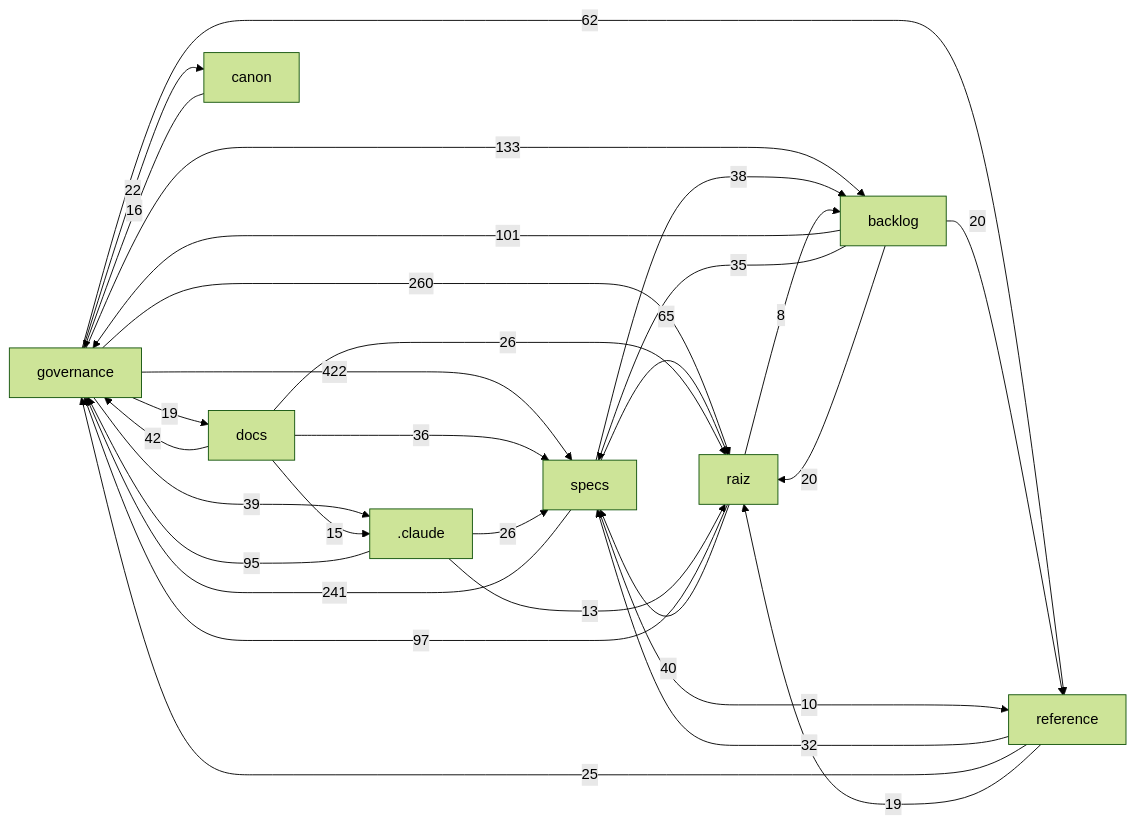
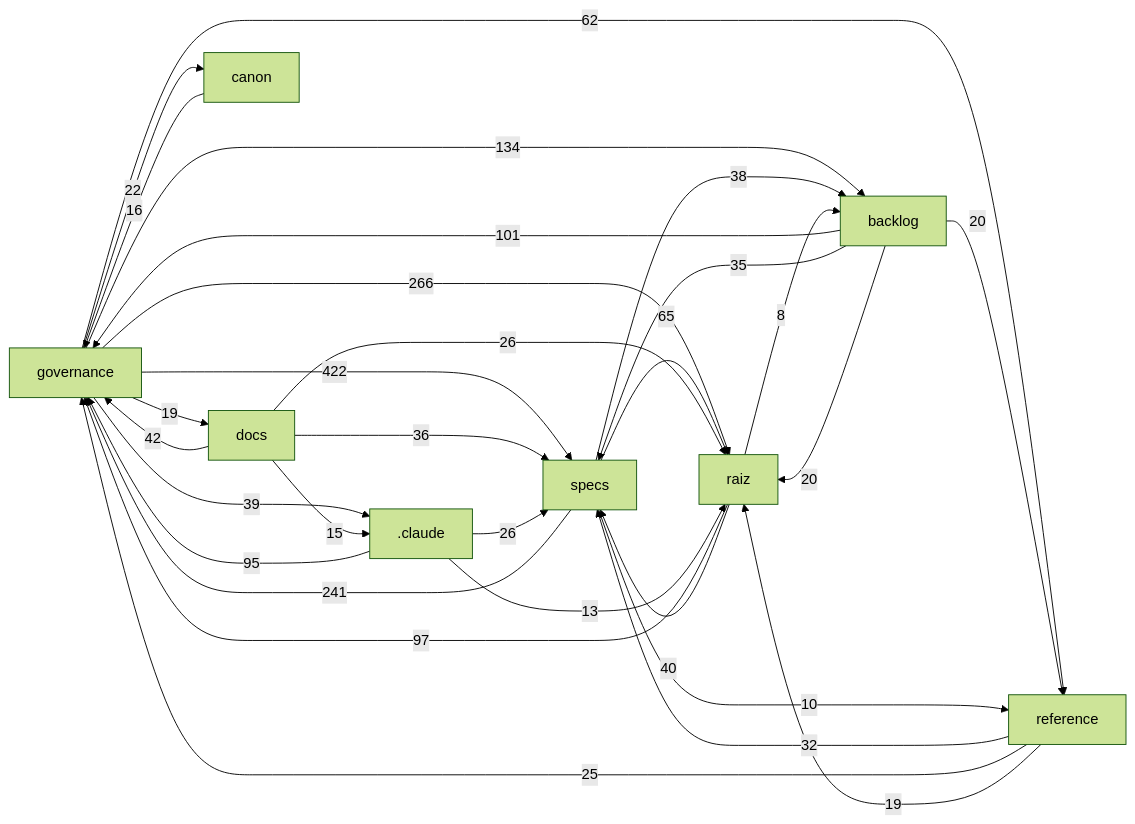
One commit to Andraus35/Sistema-Operacional-de-Trading--SOT changed the diagram in docs/mapa/MAPA-PROJETO.md. Above: the diagram before and after it, drawn with Mermaid (forest theme). The commit also changed other lines of this file and 14 other files, not shown here.

````diff
--- a/docs/mapa/MAPA-PROJETO.md
+++ b/docs/mapa/MAPA-PROJETO.md
@@ -29,32 +29,32 @@
 ```mermaid
 flowchart LR
   governance["governance"] -->|422| specs["specs"]
-  governance["governance"] -->|260| raiz["raiz"]
+  governance["governance"] -->|266| raiz["raiz"]
   specs["specs"] -->|241| governance["governance"]
-  governance["governance"] -->|133| backlog["backlog"]
+  governance["governance"] -->|134| backlog["backlog"]
   backlog["backlog"] -->|101| governance["governance"]
   raiz["raiz"] -->|97| governance["governance"]
   _claude[".claude"] -->|95| governance["governance"]
   specs["specs"] -->|65| raiz["raiz"]
   governance["governance"] -->|62| reference["reference"]
   docs["docs"] -->|42| governance["governance"]
   raiz["raiz"] -->|40| specs["specs"]
   governance["governance"] -->|39| _claude[".claude"]
   specs["specs"] -->|38| backlog["backlog"]
   docs["docs"] -->|36| specs["specs"]
   backlog["backlog"] -->|35| specs["specs"]
   reference["reference"] -->|32| specs["specs"]
   _claude[".claude"] -->|26| specs["specs"]
   docs["docs"] -->|26| raiz["raiz"]
   reference["reference"] -->|25| governance["governance"]
   governance["governance"] -->|22| canon["canon"]
   backlog["backlog"] -->|20| raiz["raiz"]
   backlog["backlog"] -->|20| reference["reference"]
   governance["governance"] -->|19| docs["docs"]
   reference["reference"] -->|19| raiz["raiz"]
   canon["canon"] -->|16| governance["governance"]
   docs["docs"] -->|15| _claude[".claude"]
   _claude[".claude"] -->|13| raiz["raiz"]
   specs["specs"] -->|10| reference["reference"]
   raiz["raiz"] -->|8| backlog["backlog"]
 ```
````
